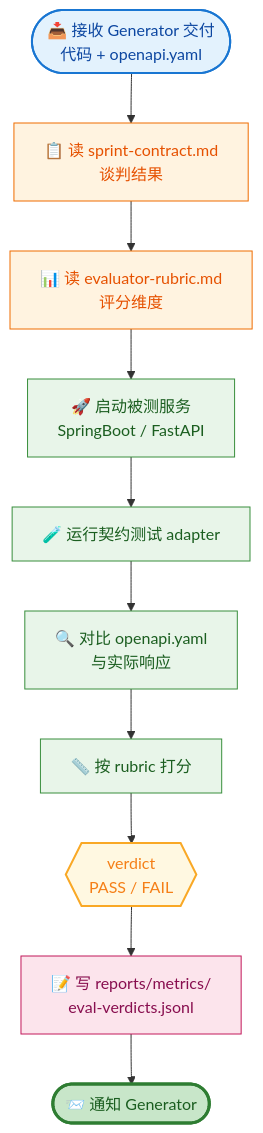
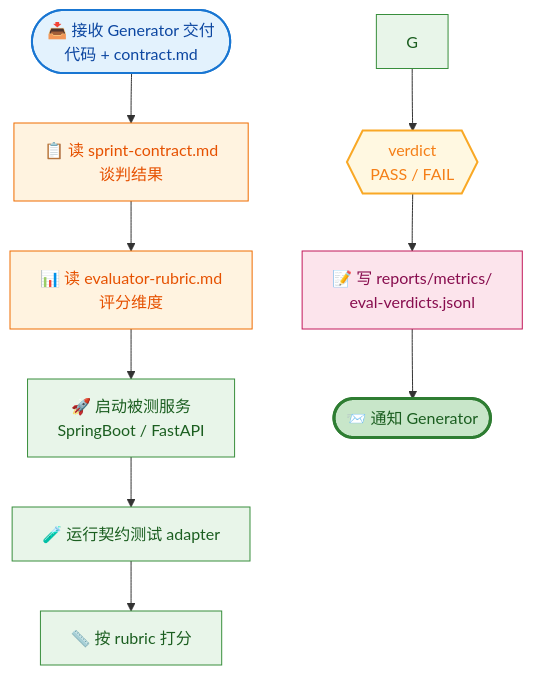
Before and after one commit to dd-xiaozhi/dev-agent-flow: diagram 13 of 16 in README.md, drawn with Mermaid. The commit also changed other lines of this file and 36 other files, not shown here.

First line of the commit message:
refactor(flow): 移除 contract-path-guard hook，改由 doc-librarian.md 声明产物位置

````diff
--- a/README.md
+++ b/README.md
@@ -478,26 +473,25 @@
 ```mermaid
 flowchart TD
-    A([📥 接收 Generator 交付<br/>代码 + openapi.yaml]) --> B[📋 读 sprint-contract.md<br/>谈判结果]
+    A([📥 接收 Generator 交付<br/>代码 + contract.md]) --> B[📋 读 sprint-contract.md<br/>谈判结果]
     B --> C[📊 读 evaluator-rubric.md<br/>评分维度]
     C --> D[🚀 启动被测服务<br/>SpringBoot / FastAPI]
     D --> E[🧪 运行契约测试 adapter]
-    E --> F[🔍 对比 openapi.yaml<br/>与实际响应]
-    F --> G[📏 按 rubric 打分]
+    E --> F[📏 按 rubric 打分]
     G --> H{{"verdict<br/>PASS / FAIL"}}
     H --> I["📝 写 reports/metrics/<br/>eval-verdicts.jsonl"]
     I --> J([📨 通知 Generator])
 
     classDef entry fill:#e3f2fd,stroke:#1976d2,stroke-width:2px,color:#0d47a1
     classDef read fill:#fff3e0,stroke:#ef6c00,stroke-width:1px,color:#e65100
     classDef run fill:#e8f5e9,stroke:#388e3c,stroke-width:1px,color:#1b5e20
     classDef decision fill:#fff8e1,stroke:#f9a825,stroke-width:2px,color:#f57f17
     classDef store fill:#fce4ec,stroke:#c2185b,stroke-width:1px,color:#880e4f
     classDef done fill:#c8e6c9,stroke:#2e7d32,stroke-width:3px,color:#1b5e20
 
     class A entry
     class B,C read
     class D,E,F,G run
     class H decision
     class I store
     class J done
 ```
````
